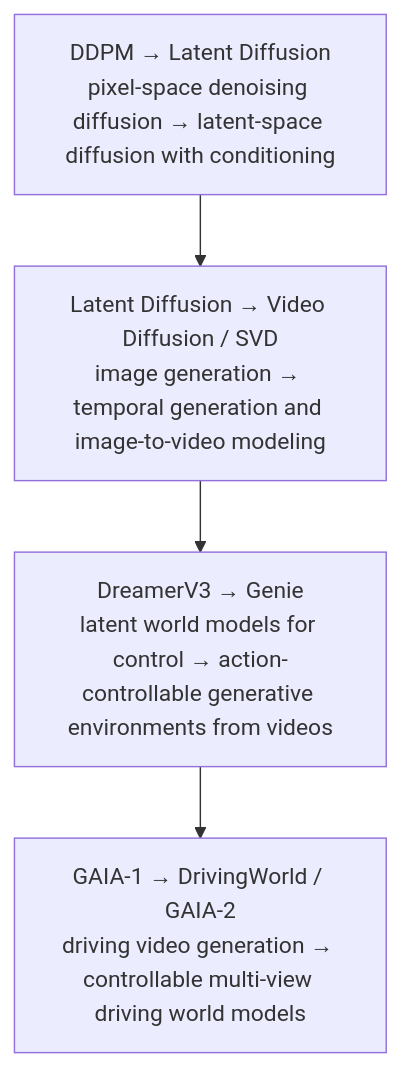
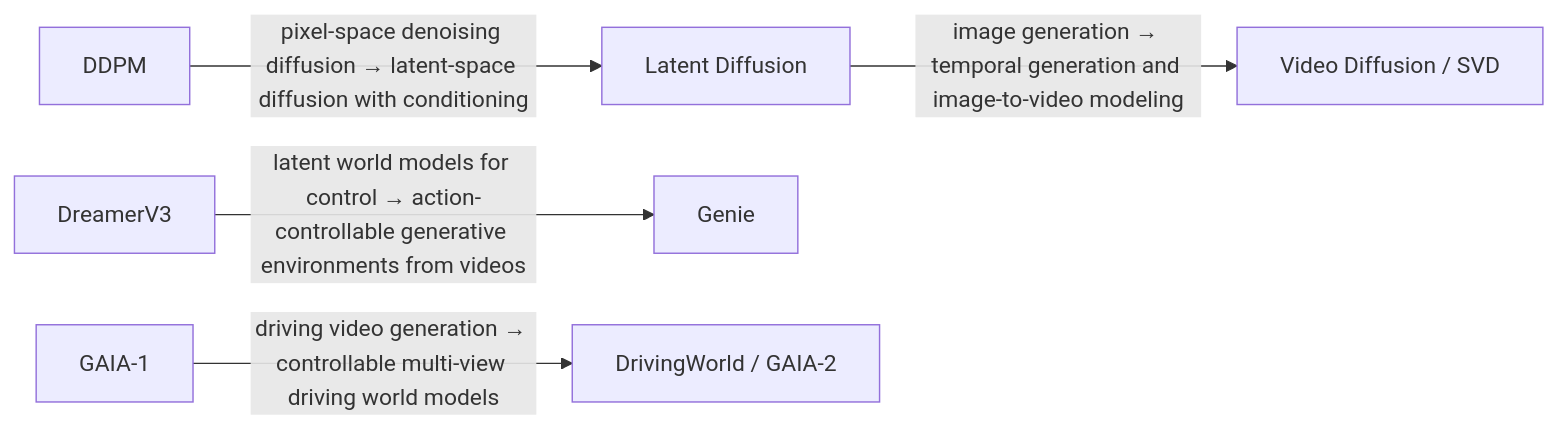
Diagram 14 of 15 in README.md (SechanOh/awesome-multimodal-perception), drawn with Mermaid before and after one commit. The commit also changed other lines of this file, not shown here.

Commit message:
Refine field evolution diagrams

````diff
--- a/README.md
+++ b/README.md
@@ -614,8 +696,14 @@
 ```mermaid
-flowchart TD
-    step1["DDPM → Latent Diffusion<br/>pixel-space denoising diffusion → latent-space diffusion with conditioning"]
-    step2["Latent Diffusion → Video Diffusion / SVD<br/>image generation → temporal generation and image-to-video modeling"]
-    step3["DreamerV3 → Genie<br/>latent world models for control → action-controllable generative environments from videos"]
-    step4["GAIA-1 → DrivingWorld / GAIA-2<br/>driving video generation → controllable multi-view driving world models"]
-    step1 --> step2 --> step3 --> step4
+flowchart LR
+    s13n1["DDPM"]
+    s13n2["Latent Diffusion"]
+    s13n3["Video Diffusion / SVD"]
+    s13n4["DreamerV3"]
+    s13n5["Genie"]
+    s13n6["GAIA-1"]
+    s13n7["DrivingWorld / GAIA-2"]
+    s13n1 -->|"pixel-space denoising diffusion → latent-space diffusion with conditioning"| s13n2
+    s13n2 -->|"image generation → temporal generation and image-to-video modeling"| s13n3
+    s13n4 -->|"latent world models for control → action-controllable generative environments from videos"| s13n5
+    s13n6 -->|"driving video generation → controllable multi-view driving world models"| s13n7
 ```
````
